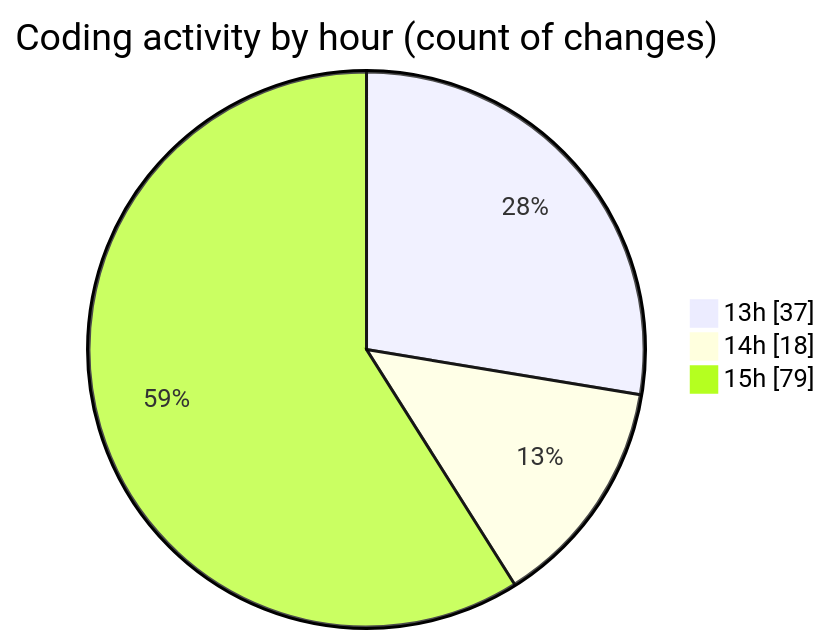
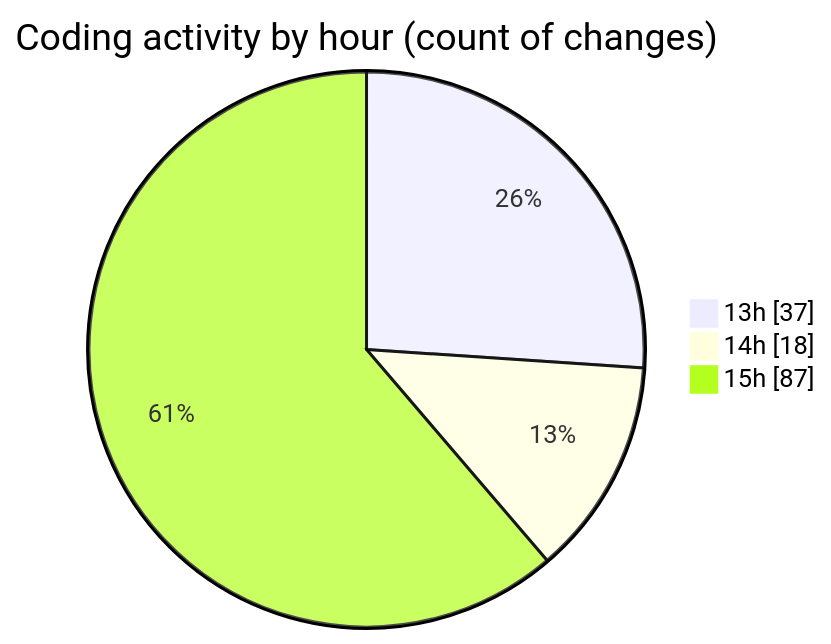
Before and after one commit to Unknowalive/code-tracking: the second of 2 diagrams in 2026-04-11/scripting_workshop/README.md, drawn with Mermaid. The commit also changed other lines of this file and 1 other file, not shown here.

````diff
--- a/2026-04-11/scripting_workshop/README.md
+++ b/2026-04-11/scripting_workshop/README.md
@@ -64,7 +64,7 @@
 ```mermaid
 pie showData
 title Coding activity by hour (count of changes)
 "13h" : 37
 "14h" : 18
-"15h" : 79
+"15h" : 87
 ```
````
